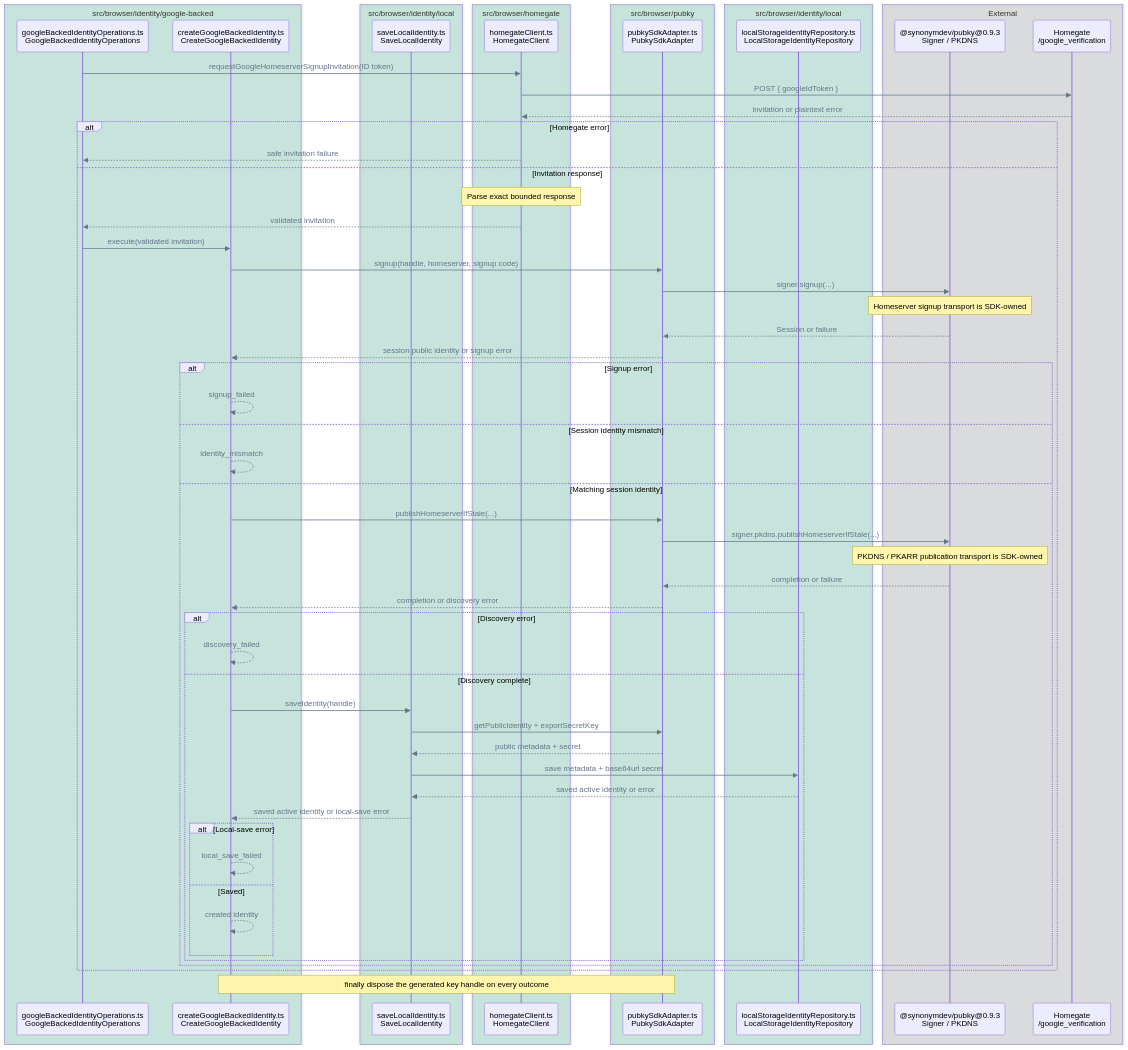
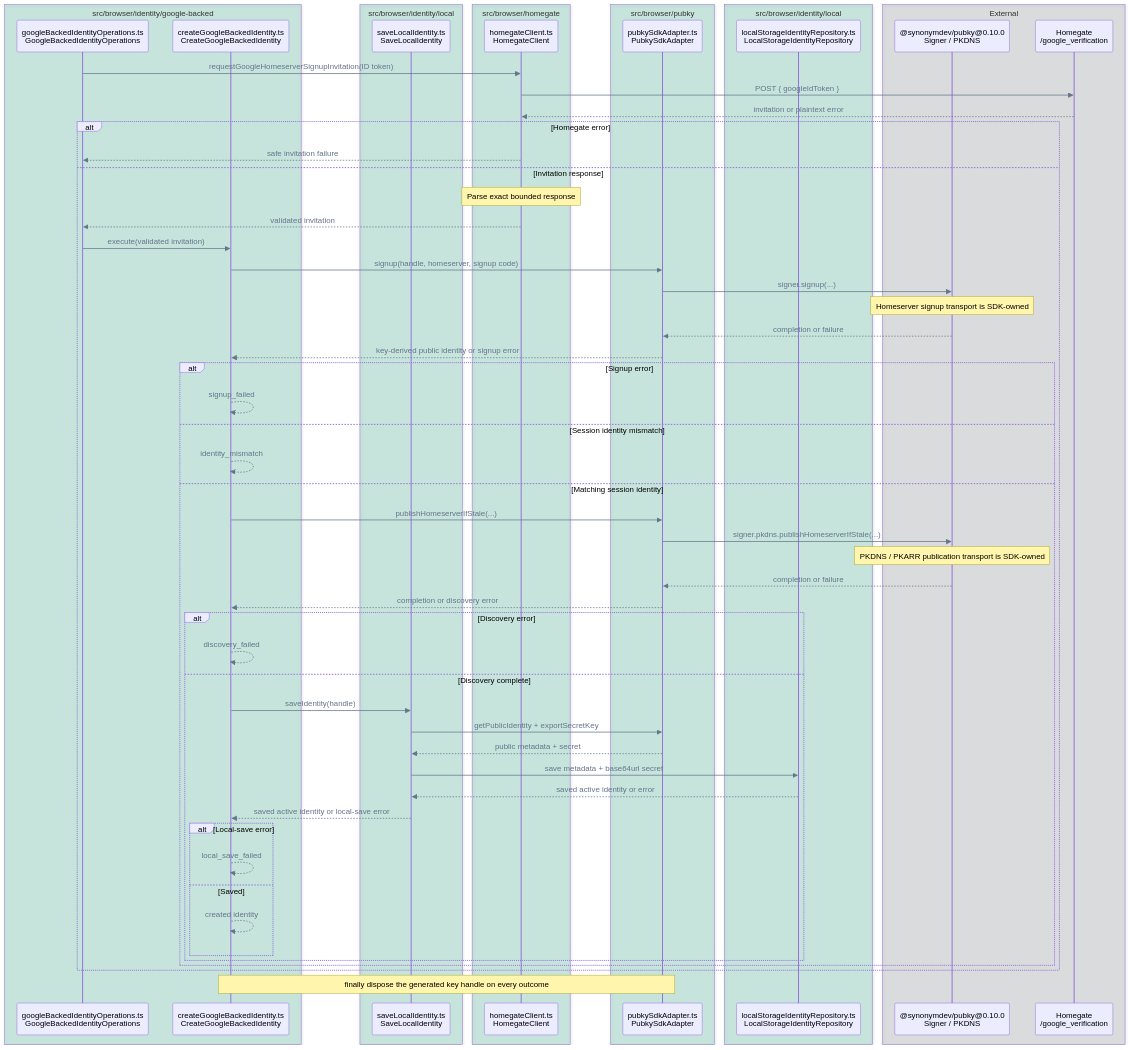
One commit to pubky/pubky-passport changed diagram 11 of 14 in FLOWS.md. Above: the diagram before and after it, drawn with Mermaid. The commit also changed other lines of this file and 28 other files, not shown here.

Commit message:
chore: Migrate Pubky SDK to v0.10 with cookie and grant authorization support

````diff
--- a/FLOWS.md
+++ b/FLOWS.md
@@ -559,69 +560,69 @@
 ```mermaid
 %%{init: {"themeVariables": {"signalColor": "#64748B", "signalTextColor": "#64748B"}}}%%
 sequenceDiagram
     accTitle: Missing identity activation and local save call flow
     accDescr: GoogleBackedIdentityOperations requests a homeserver signup invitation, then CreateGoogleBackedIdentity signs up, verifies, publishes discovery, and saves in order; each failure stops later stages and the generated key handle is always disposed.
     box rgba(0, 158, 115, 0.18) src/browser/identity/google-backed
         participant Operations as googleBackedIdentityOperations.ts<br/>GoogleBackedIdentityOperations
         participant Creator as createGoogleBackedIdentity.ts<br/>CreateGoogleBackedIdentity
     end
     box rgba(0, 158, 115, 0.18) src/browser/identity/local
         participant Local as saveLocalIdentity.ts<br/>SaveLocalIdentity
     end
     box rgba(0, 158, 115, 0.18) src/browser/homegate
         participant Invite as homegateClient.ts<br/>HomegateClient
     end
     box rgba(0, 158, 115, 0.18) src/browser/pubky
         participant Pubky as pubkySdkAdapter.ts<br/>PubkySdkAdapter
     end
     box rgba(0, 158, 115, 0.18) src/browser/identity/local
         participant Repo as localStorageIdentityRepository.ts<br/>LocalStorageIdentityRepository
     end
     box rgba(17, 24, 39, 0.12) External
-        participant SDK as @synonymdev/pubky@0.9.3<br/>Signer / PKDNS
+        participant SDK as @synonymdev/pubky@0.10.0<br/>Signer / PKDNS
         participant Homegate as Homegate<br/>/google_verification
     end
 
     Operations->>Invite: requestGoogleHomeserverSignupInvitation(ID token)
     Invite->>Homegate: POST { googleIdToken }
     Homegate-->>Invite: invitation or plaintext error
     alt Homegate error
         Invite-->>Operations: safe invitation failure
     else Invitation response
         Note over Invite: Parse exact bounded response
         Invite-->>Operations: validated invitation
         Operations->>Creator: execute(validated invitation)
         Creator->>Pubky: signup(handle, homeserver, signup code)
         Pubky->>SDK: signer.signup(...)
         Note over SDK: Homeserver signup transport is SDK-owned
-        SDK-->>Pubky: Session or failure
-        Pubky-->>Creator: session public identity or signup error
+        SDK-->>Pubky: completion or failure
+        Pubky-->>Creator: key-derived public identity or signup error
         alt Signup error
             Creator-->>Creator: signup_failed
         else Session identity mismatch
             Creator-->>Creator: identity_mismatch
         else Matching session identity
             Creator->>Pubky: publishHomeserverIfStale(...)
             Pubky->>SDK: signer.pkdns.publishHomeserverIfStale(...)
             Note over SDK: PKDNS / PKARR publication transport is SDK-owned
             SDK-->>Pubky: completion or failure
             Pubky-->>Creator: completion or discovery error
             alt Discovery error
                 Creator-->>Creator: discovery_failed
             else Discovery complete
                 Creator->>Local: saveIdentity(handle)
                 Local->>Pubky: getPublicIdentity + exportSecretKey
                 Pubky-->>Local: public metadata + secret
                 Local->>Repo: save metadata + base64url secret
                 Repo-->>Local: saved active identity or error
                 Local-->>Creator: saved active identity or local-save error
                 alt Local-save error
                     Creator-->>Creator: local_save_failed
                 else Saved
                     Creator-->>Creator: created identity
                 end
             end
         end
     end
     Note over Creator,Pubky: finally dispose the generated key handle on every outcome
 ```
````
